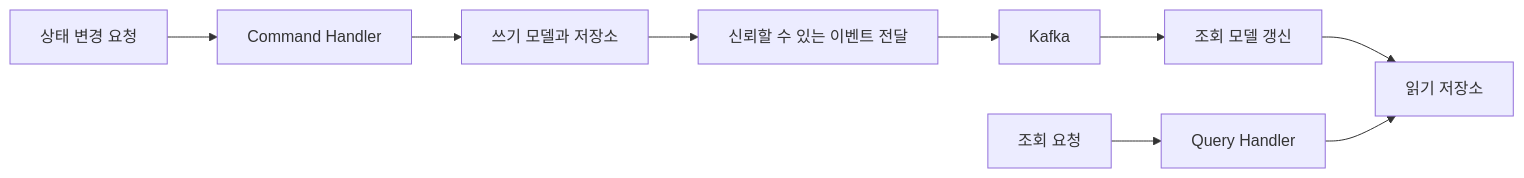
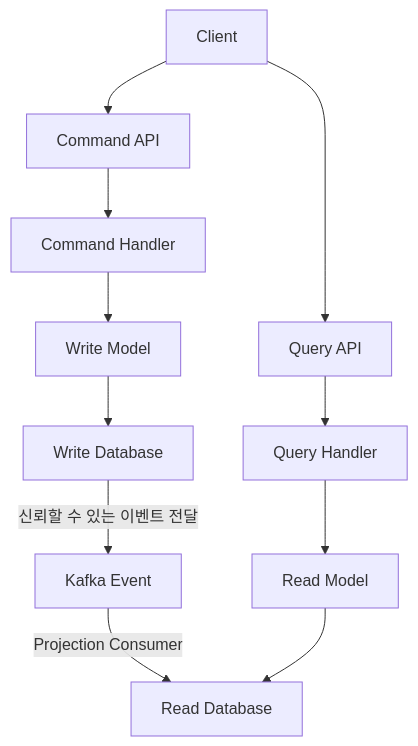
One commit to ysiksik/ysiksik.github.io changed the seventh of 16 diagrams in _posts/study/smart-learning-ent/kafka-development-strategy-for-beginners/2026-11-02-learn-about-practical-use-cases-for-microservices.md. Above: the diagram before and after it, drawn with Mermaid. The commit also changed other lines of this file and 7 other files, not shown here.

````diff
--- a/_posts/study/smart-learning-ent/kafka-development-strategy-for-beginners/2026-11-02-learn-about-practical-use-cases-for-microservices.md
+++ b/_posts/study/smart-learning-ent/kafka-development-strategy-for-beginners/2026-11-02-learn-about-practical-use-cases-for-microservices.md
@@ -211,11 +965,33 @@
 ```mermaid
-flowchart LR
-    A["상태 변경 요청"] --> B["Command Handler"]
-    B --> C["쓰기 모델과 저장소"]
-    C --> D["신뢰할 수 있는 이벤트 전달"]
-    D --> E["Kafka"]
-    E --> F["조회 모델 갱신"]
-    F --> G["읽기 저장소"]
-    H["조회 요청"] --> I["Query Handler"]
-    I --> G
+flowchart TD
+    A["Client"]
+
+    B["Command API"]
+    C["Query API"]
+
+    D["Command Handler"]
+    E["Query Handler"]
+
+    F["Write Model"]
+    G["Read Model"]
+
+    H["Write Database"]
+    I["Read Database"]
+
+    J["Kafka Event"]
+
+    A --> B
+    A --> C
+
+    B --> D
+    D --> F
+    F --> H
+
+    H -->|"신뢰할 수 있는 이벤트 전달"| J
+
+    J -->|"Projection Consumer"| I
+
+    C --> E
+    E --> G
+    G --> I
 ```
````
